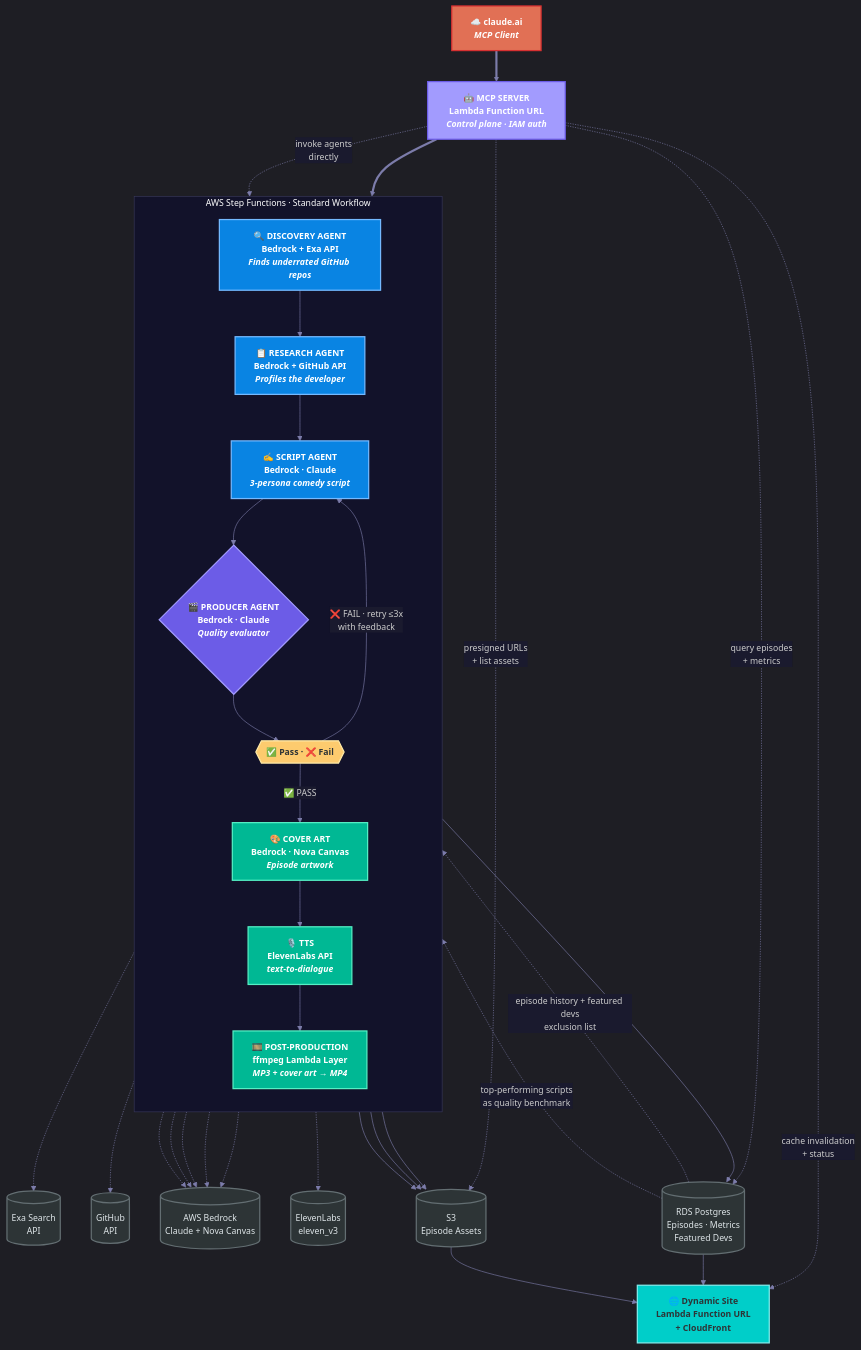
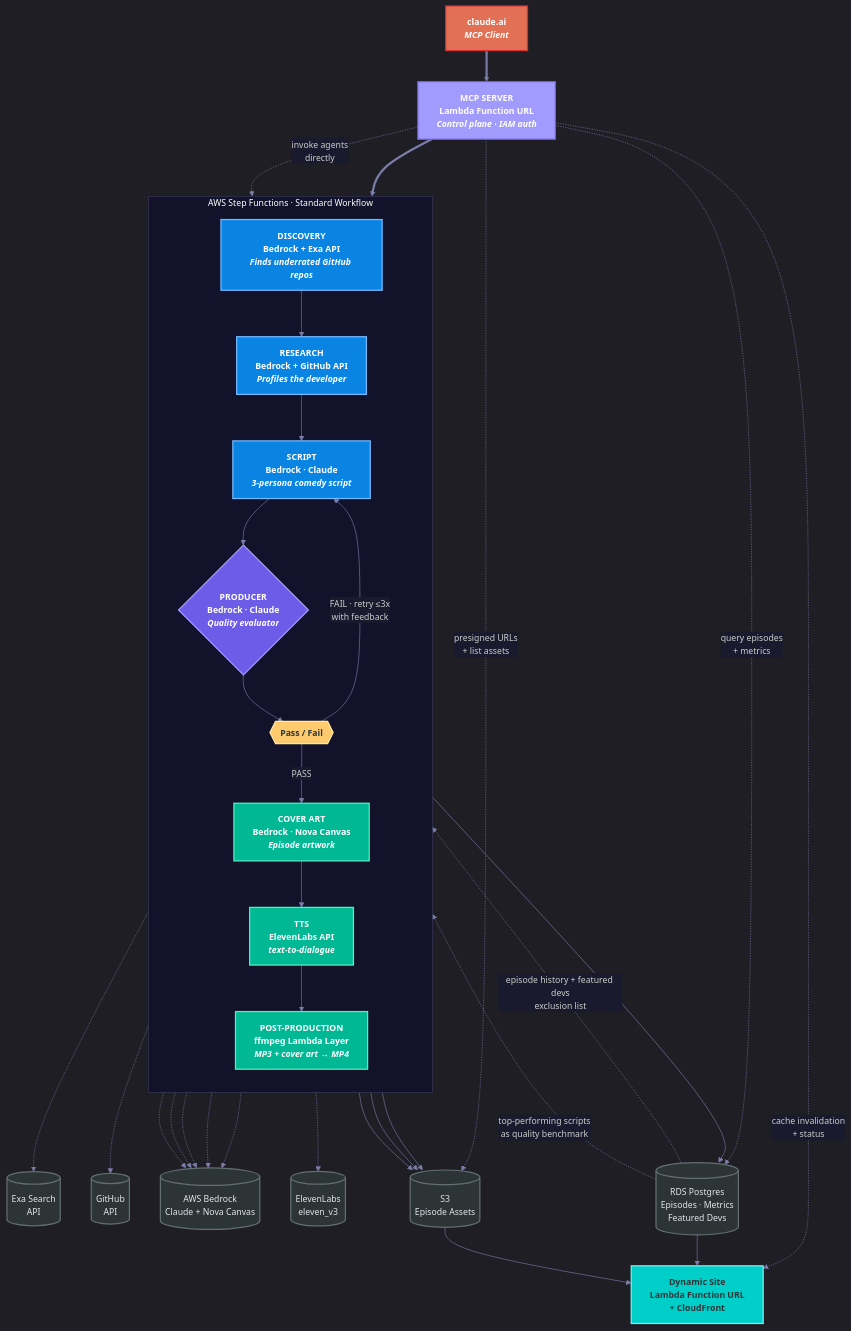
One commit to rhprasad0/closed-loop-ai-podcast changed the diagram in README.md. Above: the diagram before and after it, drawn with Mermaid. The commit also changed other lines of this file, not shown here.

First line of the commit message:
rewrite README for completed production system

```diff
--- a/README.md
+++ b/README.md
@@ -31,27 +16,27 @@
 %%{init: {'theme': 'dark', 'themeVariables': {'primaryColor': '#1a1a2e', 'primaryTextColor': '#e0e0e0', 'primaryBorderColor': '#4a4a6a', 'lineColor': '#7c7caa', 'secondaryColor': '#16213e', 'tertiaryColor': '#0f3460', 'background': '#0a0a1a', 'mainBkg': '#1a1a2e', 'nodeBorder': '#4a4a6a', 'clusterBkg': '#12122a', 'clusterBorder': '#3a3a5c', 'titleColor': '#ffffff', 'edgeLabelBackground': '#1a1a2e', 'fontFamily': 'Inter, Segoe UI, sans-serif', 'fontSize': '14px'}}}%%
 
 graph TB
-    CLAUDEAI["☁️ claude.ai<br/><i>MCP Client</i>"]
-    MCP["🤖 MCP SERVER<br/>Lambda Function URL<br/><i>Control plane · IAM auth</i>"]
+    CLAUDEAI["claude.ai<br/><i>MCP Client</i>"]
+    MCP["MCP SERVER<br/>Lambda Function URL<br/><i>Control plane · IAM auth</i>"]
 
     subgraph SF["  AWS Step Functions · Standard Workflow  "]
         direction TB
 
-        DISCOVERY["🔍 DISCOVERY AGENT<br/>Bedrock + Exa API<br/><i>Finds underrated GitHub repos</i>"]
-        RESEARCH["📋 RESEARCH AGENT<br/>Bedrock + GitHub API<br/><i>Profiles the developer</i>"]
-        SCRIPT["✍️ SCRIPT AGENT<br/>Bedrock · Claude<br/><i>3-persona comedy script</i>"]
-        PRODUCER{"🎬 PRODUCER AGENT<br/>Bedrock · Claude<br/><i>Quality evaluator</i>"}
-        CHOICE{{"✅ Pass · ❌ Fail"}}
-        COVERART["🎨 COVER ART<br/>Bedrock · Nova Canvas<br/><i>Episode artwork</i>"]
-        TTS["🎙️ TTS<br/>ElevenLabs API<br/><i>text-to-dialogue</i>"]
-        POSTPROD["🎞️ POST-PRODUCTION<br/>ffmpeg Lambda Layer<br/><i>MP3 + cover art → MP4</i>"]
+        DISCOVERY["DISCOVERY<br/>Bedrock + Exa API<br/><i>Finds underrated GitHub repos</i>"]
+        RESEARCH["RESEARCH<br/>Bedrock + GitHub API<br/><i>Profiles the developer</i>"]
+        SCRIPT["SCRIPT<br/>Bedrock · Claude<br/><i>3-persona comedy script</i>"]
+        PRODUCER{"PRODUCER<br/>Bedrock · Claude<br/><i>Quality evaluator</i>"}
+        CHOICE{{"Pass / Fail"}}
+        COVERART["COVER ART<br/>Bedrock · Nova Canvas<br/><i>Episode artwork</i>"]
+        TTS["TTS<br/>ElevenLabs API<br/><i>text-to-dialogue</i>"]
+        POSTPROD["POST-PRODUCTION<br/>ffmpeg Lambda Layer<br/><i>MP3 + cover art → MP4</i>"]
 
         DISCOVERY --> RESEARCH
         RESEARCH --> SCRIPT
         SCRIPT --> PRODUCER
         PRODUCER --> CHOICE
-        CHOICE -- "❌ FAIL · retry ≤3x<br/>with feedback" --> SCRIPT
-        CHOICE -- "✅ PASS" --> COVERART
+        CHOICE -- "FAIL · retry ≤3x<br/>with feedback" --> SCRIPT
+        CHOICE -- "PASS" --> COVERART
         COVERART --> TTS
         TTS --> POSTPROD
     end
@@ -63,7 +48,7 @@
 
     S3[("S3<br/>Episode Assets")]
     RDS[("RDS Postgres<br/>Episodes · Metrics<br/>Featured Devs")]
-    SITE["🌐 Dynamic Site<br/>Lambda Function URL<br/>+ CloudFront"]
+    SITE["Dynamic Site<br/>Lambda Function URL<br/>+ CloudFront"]
 
     CLAUDEAI ==> MCP
     MCP ==> SF
```
